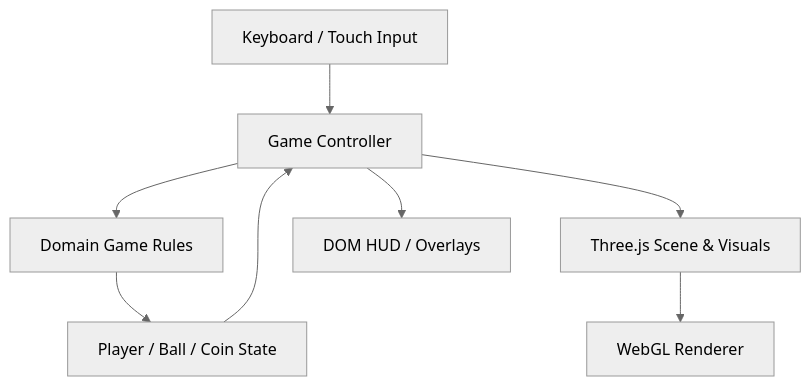
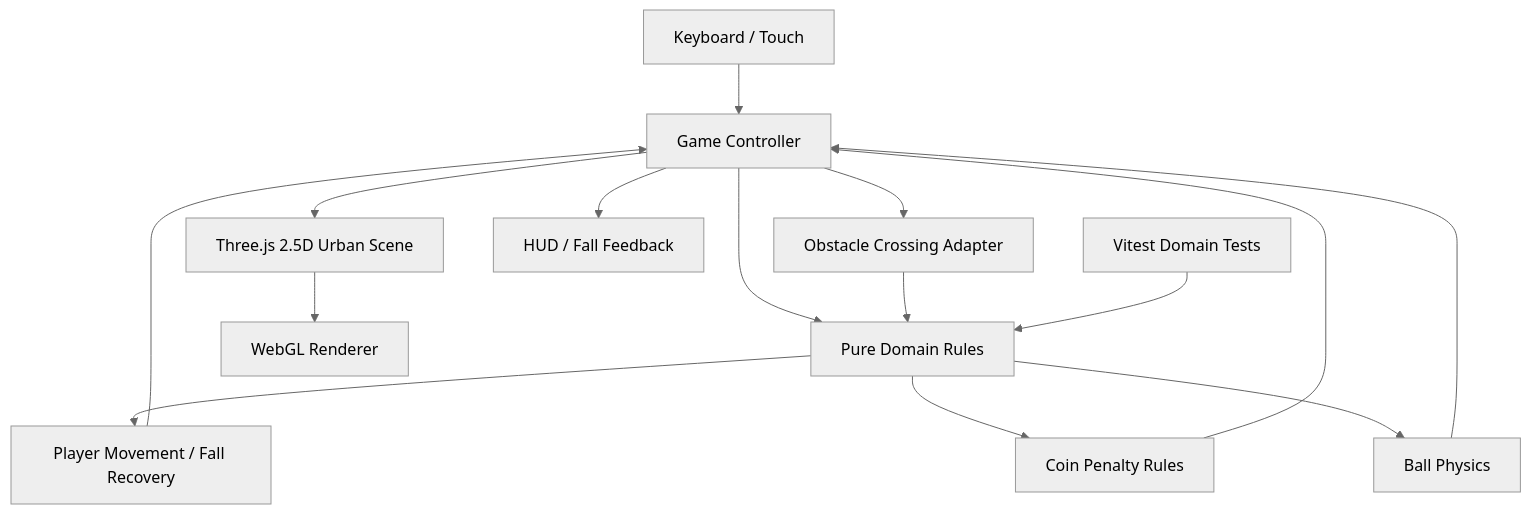
Before and after one commit to mangreen/kick-web-game: the diagram in README.md, drawn with Mermaid (neutral theme). The commit also changed other lines of this file and 15 other files, not shown here.

Commit message:
feat(gameplay): add obstacle falls and anime urban scene

````diff
--- a/README.md
+++ b/README.md
@@ -50,10 +51,17 @@
 ```mermaid
 flowchart TD
-  Input[Keyboard / Touch Input] --> Game[Game Controller]
-  Game --> Rules[Domain Game Rules]
-  Rules --> State[Player / Ball / Coin State]
-  State --> Game
-  Game --> Scene[Three.js Scene & Visuals]
+  Input[Keyboard / Touch] --> Game[Game Controller]
+  Game --> Rules[Pure Domain Rules]
+  Rules --> Player[Player Movement / Fall Recovery]
+  Rules --> Wallet[Coin Penalty Rules]
+  Rules --> Ball[Ball Physics]
+  Player --> Game
+  Wallet --> Game
+  Ball --> Game
+  Game --> Collision[Obstacle Crossing Adapter]
+  Collision --> Rules
+  Game --> Scene[Three.js 2.5D Urban Scene]
   Scene --> Renderer[WebGL Renderer]
-  Game --> HUD[DOM HUD / Overlays]
+  Game --> HUD[HUD / Fall Feedback]
+  Tests[Vitest Domain Tests] --> Rules
 ```
````
